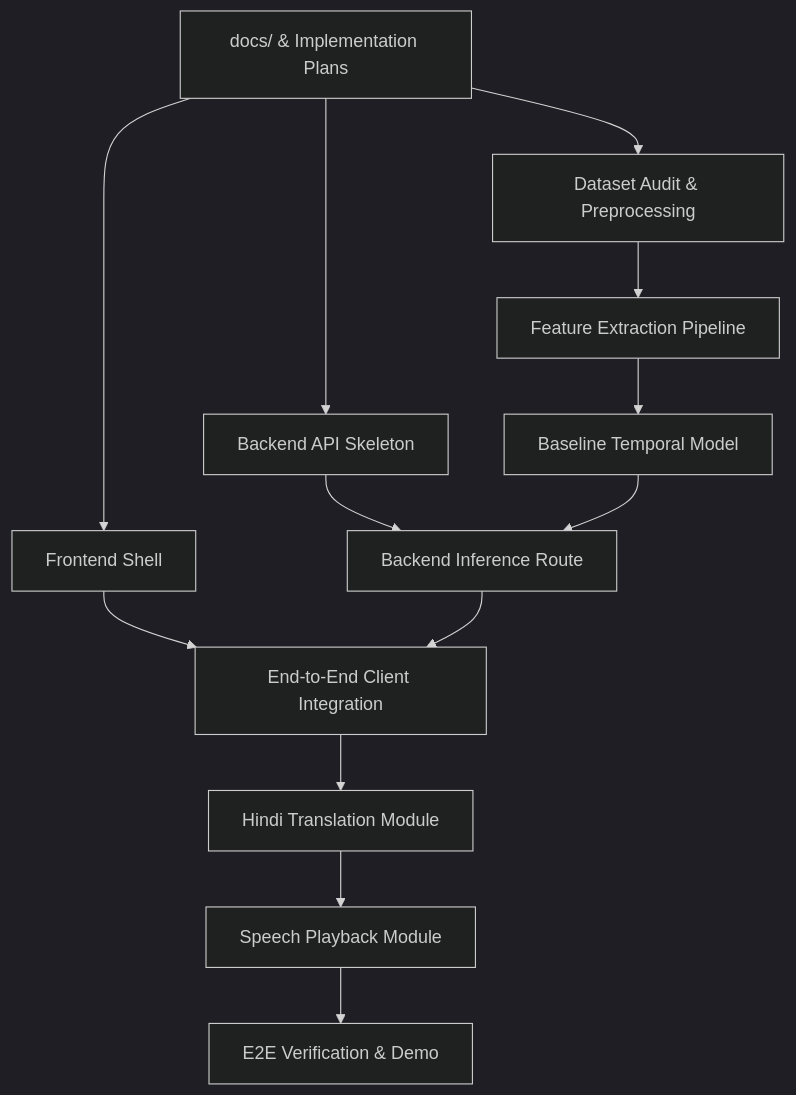
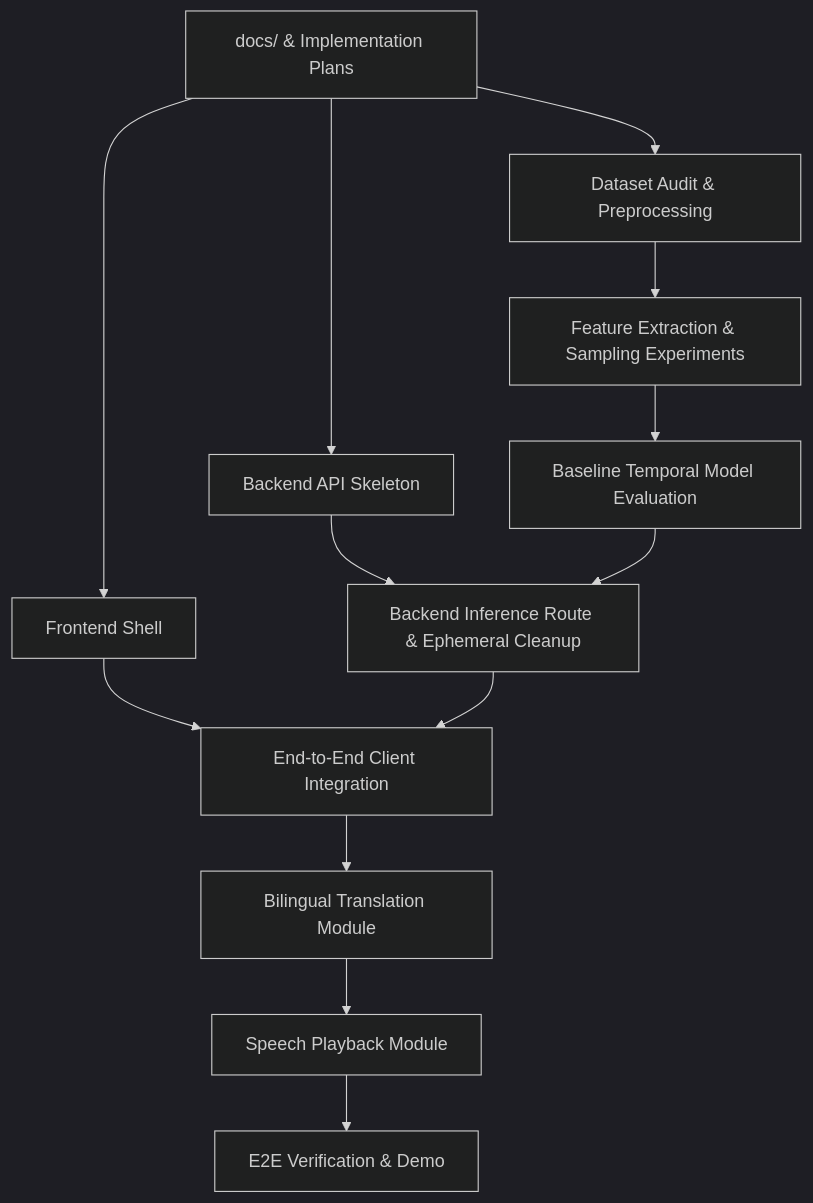
One commit to sengarbhoomi22-bot/SignBridge-Ai changed the third of 3 diagrams in docs/implementation-plan/01-master-plan.md. Above: the diagram before and after it, drawn with Mermaid (dark theme). The commit also changed other lines of this file and 5 other files, not shown here.

````diff
--- a/docs/implementation-plan/01-master-plan.md
+++ b/docs/implementation-plan/01-master-plan.md
@@ -193,19 +220,19 @@
 ```mermaid
 graph TD
     M1[docs/ & Implementation Plans] --> M2[Frontend Shell]
     M1 --> M3[Backend API Skeleton]
     M1 --> M4[Dataset Audit & Preprocessing]
-    
-    M4 --> M5[Feature Extraction Pipeline]
-    M5 --> M6[Baseline Temporal Model]
-    
-    M3 --> M7[Backend Inference Route]
+
+    M4 --> M5[Feature Extraction & Sampling Experiments]
+    M5 --> M6[Baseline Temporal Model Evaluation]
+
+    M3 --> M7[Backend Inference Route & Ephemeral Cleanup]
     M6 --> M7
-    
+
     M2 --> M8[End-to-End Client Integration]
     M7 --> M8
-    
-    M8 --> M9[Hindi Translation Module]
+
+    M8 --> M9[Bilingual Translation Module]
     M9 --> M10[Speech Playback Module]
     M10 --> M11[E2E Verification & Demo]
 ```
````
